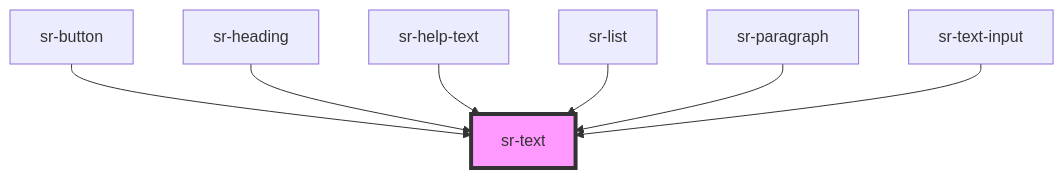
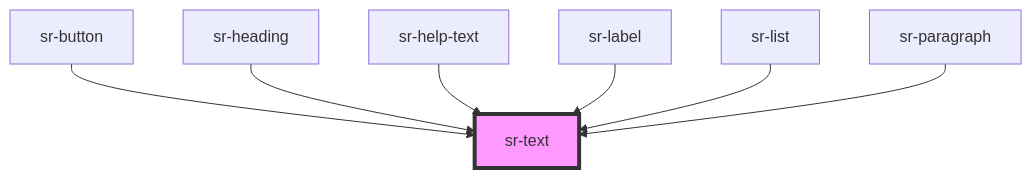
Before and after one commit to tonyblu331/spotify-replay-design-system: the diagram in src/components/primitives/sr-text/readme.md, drawn with Mermaid. The commit also changed other lines of this file and 16 other files, not shown here.

Commit message:
create label component, add helper text doc and create inputText

````diff
--- a/src/components/primitives/sr-text/readme.md
+++ b/src/components/primitives/sr-text/readme.md
@@ -42,10 +42,10 @@
 ```mermaid
 graph TD;
   sr-button --> sr-text
   sr-heading --> sr-text
   sr-help-text --> sr-text
+  sr-label --> sr-text
   sr-list --> sr-text
   sr-paragraph --> sr-text
-  sr-text-input --> sr-text
   style sr-text fill:#f9f,stroke:#333,stroke-width:4px
 ```
````
